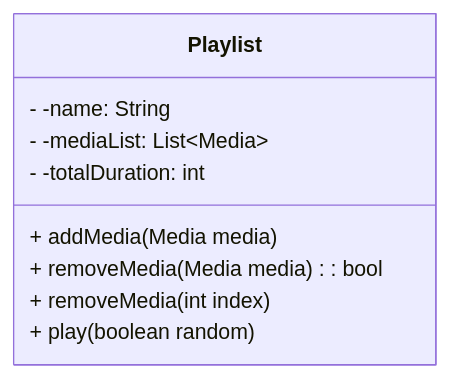
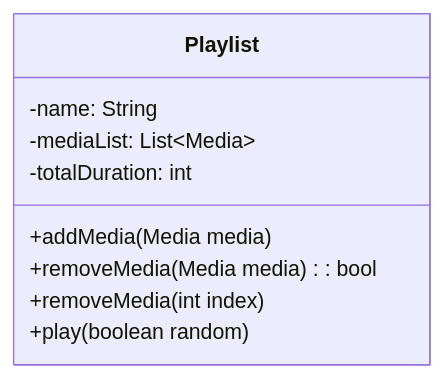
One commit to ludo2ne/ENSAI-2A-Java changed the third of 3 diagrams in doc/tp/tp3.qmd. Above: the diagram before and after it, drawn with Mermaid. The commit also changed other lines of this file and 5 other files, not shown here.

````diff
--- a/doc/tp/tp3.qmd
+++ b/doc/tp/tp3.qmd
@@ -143,13 +146,13 @@
 ```{mermaid}
 classDiagram
 
 class Playlist {
-    - -name: String
-    - -mediaList: List~Media~
-    - -totalDuration: int
-    + addMedia(Media media)
-    + removeMedia(Media media): bool
-    + removeMedia(int index)
-    + play(boolean random)
+    -name: String
+    -mediaList: List~Media~
+    -totalDuration: int
+    +addMedia(Media media)
+    +removeMedia(Media media): bool
+    +removeMedia(int index)
+    +play(boolean random)
 }
 ```
````
